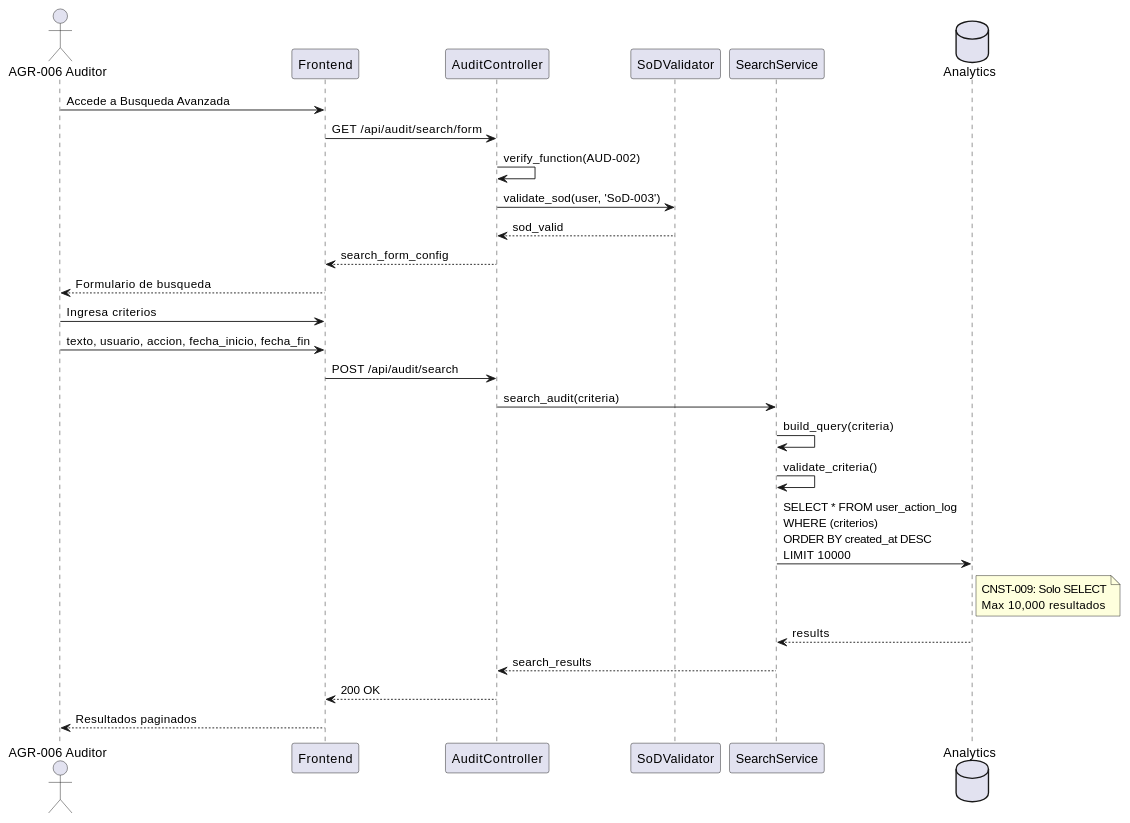
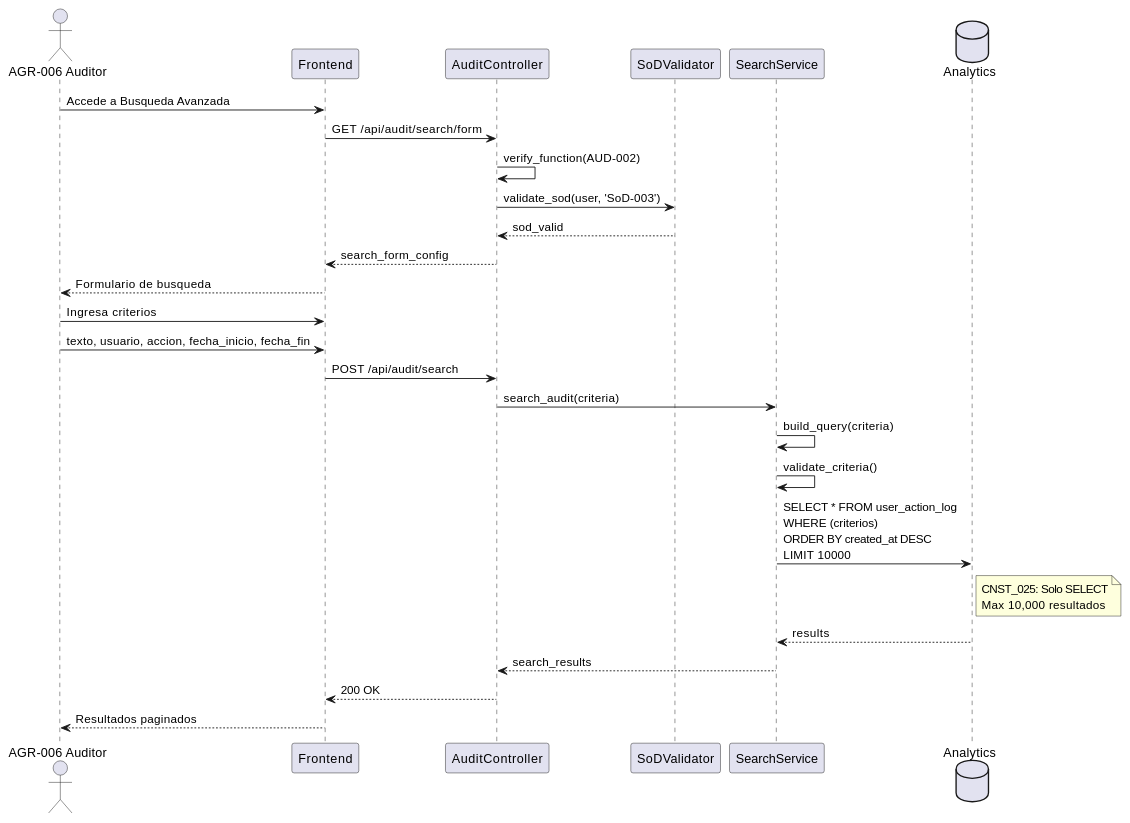
One commit to jcg-admin/IACT-docs changed the second of 3 diagrams in source/requisitos/casos_uso/audit/UC_AUD_02_Buscar_Auditoria.rst. Above: the diagram before and after it, drawn with PlantUML. The commit also changed other lines of this file and 67 other files, not shown here.

```diff
--- a/source/requisitos/casos_uso/audit/UC_AUD_02_Buscar_Auditoria.rst
+++ b/source/requisitos/casos_uso/audit/UC_AUD_02_Buscar_Auditoria.rst
@@ -156,38 +156,38 @@
 .. uml::
    :caption: Diagrama de Secuencia - UC_AUD_02
 
    @startuml
    actor "AGR-006 Auditor" as A
    participant "Frontend" as FE
    participant "AuditController" as AC
    participant "SoDValidator" as SOD
    participant "SearchService" as SS
    database "Analytics" as DB
 
    A -> FE: Accede a Busqueda Avanzada
    FE -> AC: GET /api/audit/search/form
    AC -> AC: verify_function(AUD-002)
    AC -> SOD: validate_sod(user, 'SoD-003')
    SOD --> AC: sod_valid
    AC --> FE: search_form_config
    FE --> A: Formulario de busqueda
 
    A -> FE: Ingresa criterios
    A -> FE: texto, usuario, accion, fecha_inicio, fecha_fin
    FE -> AC: POST /api/audit/search
 
    AC -> SS: search_audit(criteria)
    SS -> SS: build_query(criteria)
    SS -> SS: validate_criteria()
 
    SS -> DB: SELECT * FROM user_action_log\nWHERE (criterios)\nORDER BY created_at DESC\nLIMIT 10000
    note right of DB
-     CNST-009: Solo SELECT
+     CNST_025: Solo SELECT
      Max 10,000 resultados
    end note
    DB --> SS: results
 
    SS --> AC: search_results
    AC --> FE: 200 OK
    FE --> A: Resultados paginados
    @enduml
```
